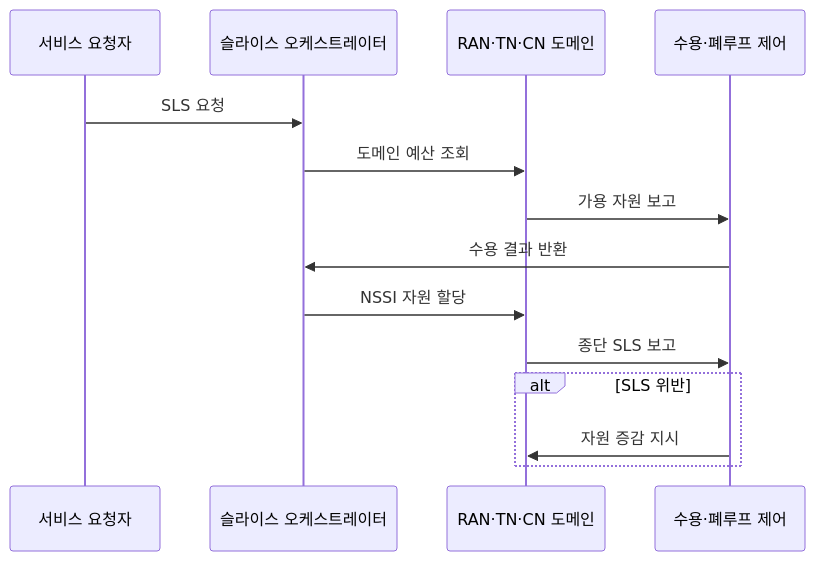
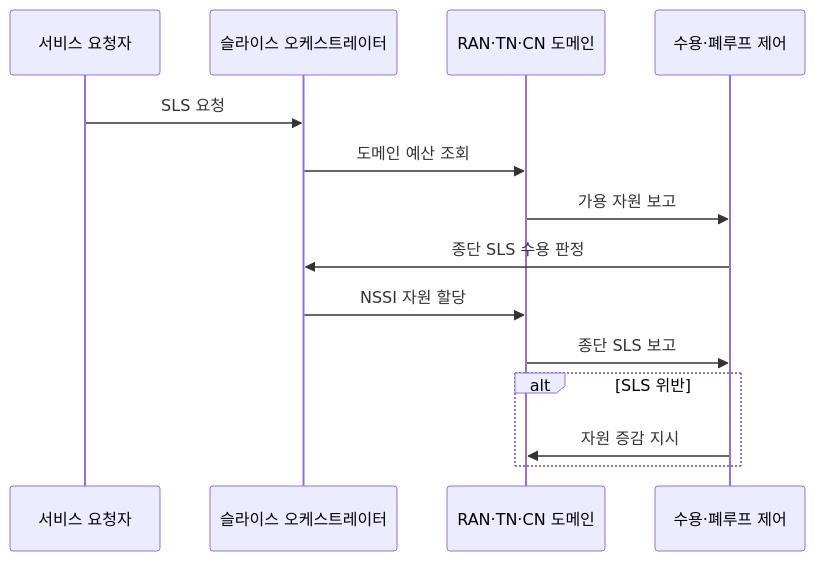
One commit to agnusdei1207/knowledge-base changed the second of 2 diagrams in src/content/docs/notes/04-network/076_network_slice_resource_management.md. Above: the diagram before and after it, drawn with Mermaid. The commit also changed other lines of this file and 7 other files, not shown here.

````diff
--- a/src/content/docs/notes/04-network/076_network_slice_resource_management.md
+++ b/src/content/docs/notes/04-network/076_network_slice_resource_management.md
@@ -95,16 +95,16 @@
 ```mermaid
 sequenceDiagram
     participant U as 서비스 요청자
     participant O as 슬라이스 오케스트레이터
     participant D as RAN·TN·CN 도메인
     participant C as 수용·폐루프 제어
     U->>O: SLS 요청
     O->>D: 도메인 예산 조회
     D->>C: 가용 자원 보고
-    C->>O: 수용 결과 반환
+    C->>O: 종단 SLS 수용 판정
     O->>D: NSSI 자원 할당
     D->>C: 종단 SLS 보고
     alt SLS 위반
         C->>D: 자원 증감 지시
     end
 ```
````
